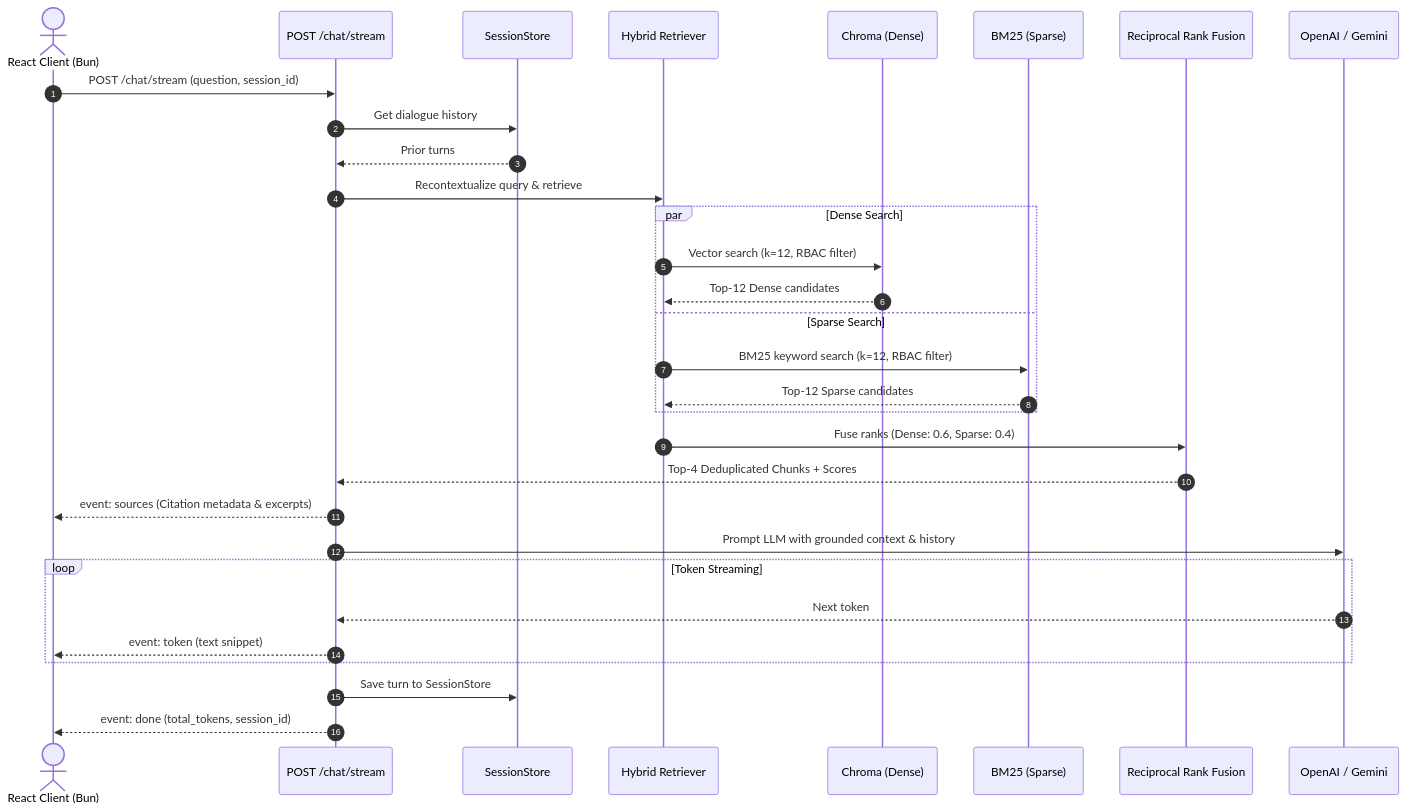
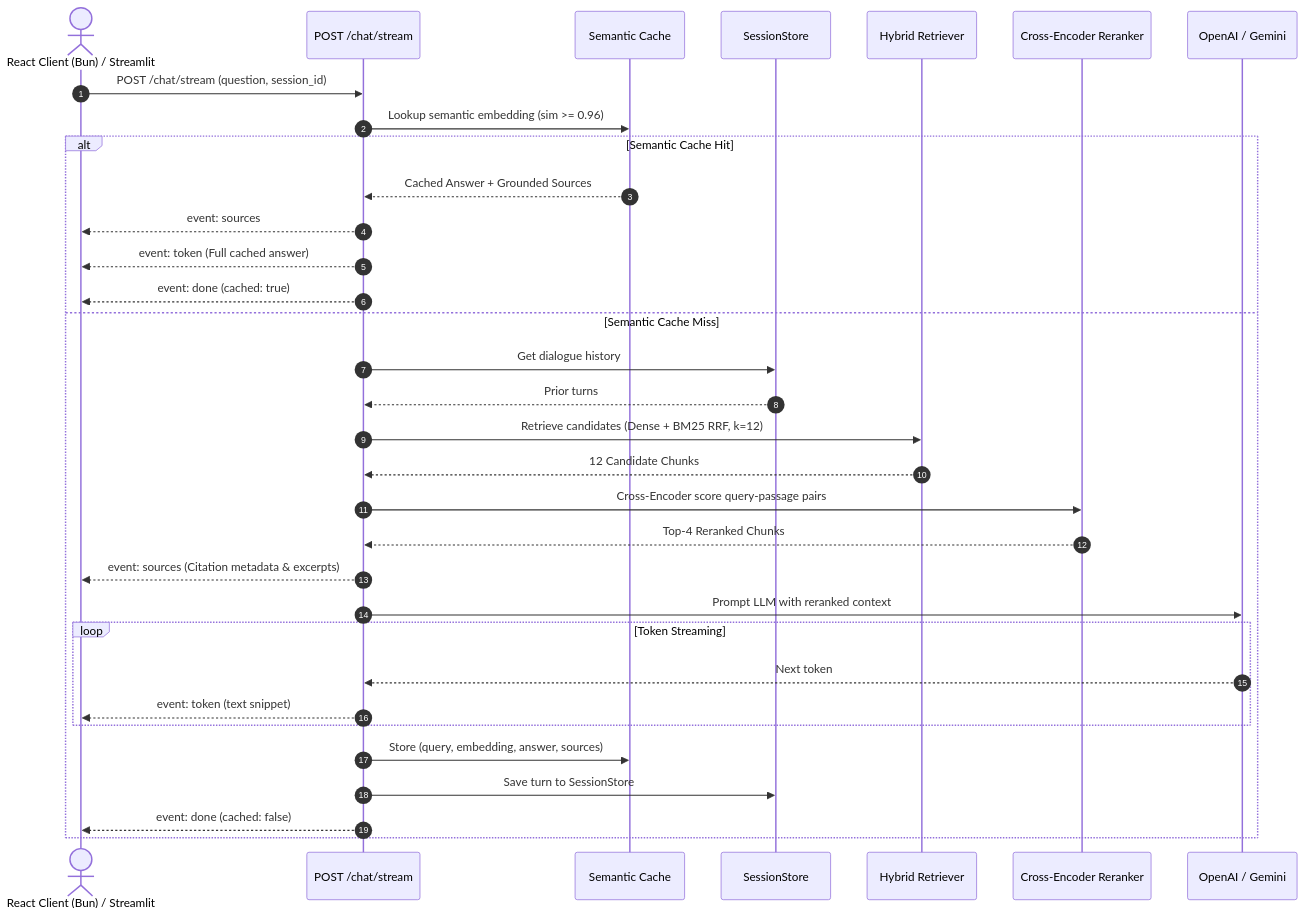
One commit to faizan-7890/SecureRAG changed the second of 2 diagrams in ARCHITECTURE.md. Above: the diagram before and after it, drawn with Mermaid. The commit also changed other lines of this file and 1 other file, not shown here.

Commit message:
docs: update architecture blueprint v2 and feature inventory for reranker and cache

````diff
--- a/ARCHITECTURE.md
+++ b/ARCHITECTURE.md
@@ -148,34 +138,36 @@
 ```mermaid
 sequenceDiagram
     autonumber
-    actor Client as React Client (Bun)
+    actor Client as React Client (Bun) / Streamlit
     participant ChatAPI as POST /chat/stream
+    participant Cache as Semantic Cache
     participant Memory as SessionStore
     participant Retriever as Hybrid Retriever
-    participant Chroma as Chroma (Dense)
-    participant BM25 as BM25 (Sparse)
-    participant RRF as Reciprocal Rank Fusion
+    participant Reranker as Cross-Encoder Reranker
     participant LLM as OpenAI / Gemini
 
     Client->>ChatAPI: POST /chat/stream (question, session_id)
-    ChatAPI->>Memory: Get dialogue history
-    Memory-->>ChatAPI: Prior turns
-    ChatAPI->>Retriever: Recontextualize query & retrieve
-    par Dense Search
-        Retriever->>Chroma: Vector search (k=12, RBAC filter)
-        Chroma-->>Retriever: Top-12 Dense candidates
-    and Sparse Search
-        Retriever->>BM25: BM25 keyword search (k=12, RBAC filter)
-        BM25-->>Retriever: Top-12 Sparse candidates
+    ChatAPI->>Cache: Lookup semantic embedding (sim >= 0.96)
+    alt Semantic Cache Hit
+        Cache-->>ChatAPI: Cached Answer + Grounded Sources
+        ChatAPI-->>Client: event: sources
+        ChatAPI-->>Client: event: token (Full cached answer)
+        ChatAPI-->>Client: event: done (cached: true)
+    else Semantic Cache Miss
+        ChatAPI->>Memory: Get dialogue history
+        Memory-->>ChatAPI: Prior turns
+        ChatAPI->>Retriever: Retrieve candidates (Dense + BM25 RRF, k=12)
+        Retriever-->>ChatAPI: 12 Candidate Chunks
+        ChatAPI->>Reranker: Cross-Encoder score query-passage pairs
+        Reranker-->>ChatAPI: Top-4 Reranked Chunks
+        ChatAPI-->>Client: event: sources (Citation metadata & excerpts)
+        ChatAPI->>LLM: Prompt LLM with reranked context
+        loop Token Streaming
+            LLM-->>ChatAPI: Next token
+            ChatAPI-->>Client: event: token (text snippet)
+        end
+        ChatAPI->>Cache: Store (query, embedding, answer, sources)
+        ChatAPI->>Memory: Save turn to SessionStore
+        ChatAPI-->>Client: event: done (cached: false)
     end
-    Retriever->>RRF: Fuse ranks (Dense: 0.6, Sparse: 0.4)
-    RRF-->>ChatAPI: Top-4 Deduplicated Chunks + Scores
-    ChatAPI-->>Client: event: sources (Citation metadata & excerpts)
-    ChatAPI->>LLM: Prompt LLM with grounded context & history
-    loop Token Streaming
-        LLM-->>ChatAPI: Next token
-        ChatAPI-->>Client: event: token (text snippet)
-    end
-    ChatAPI->>Memory: Save turn to SessionStore
-    ChatAPI-->>Client: event: done (total_tokens, session_id)
 ```
````
